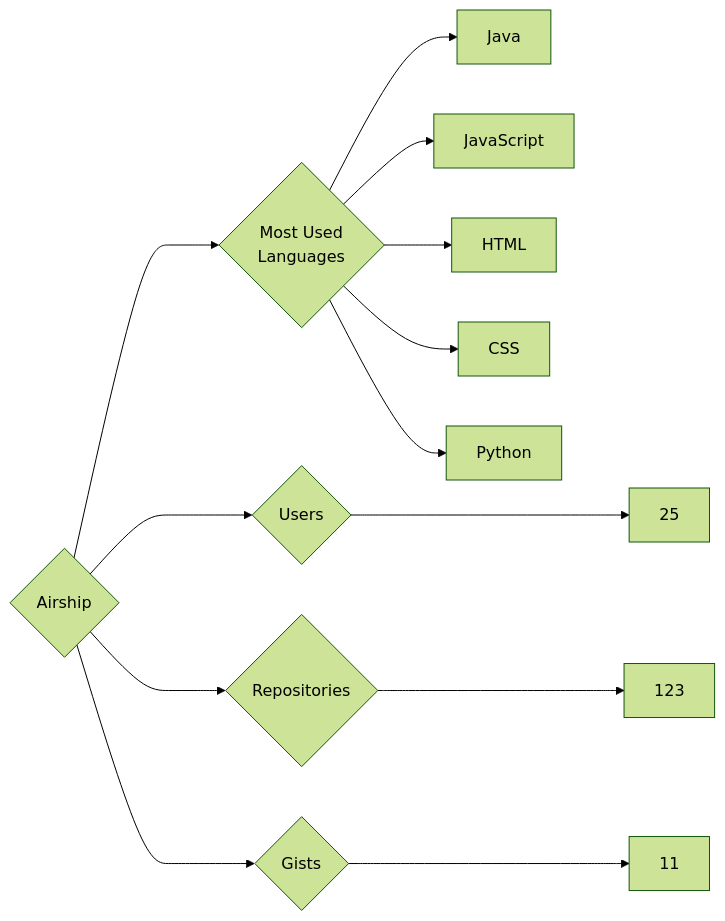
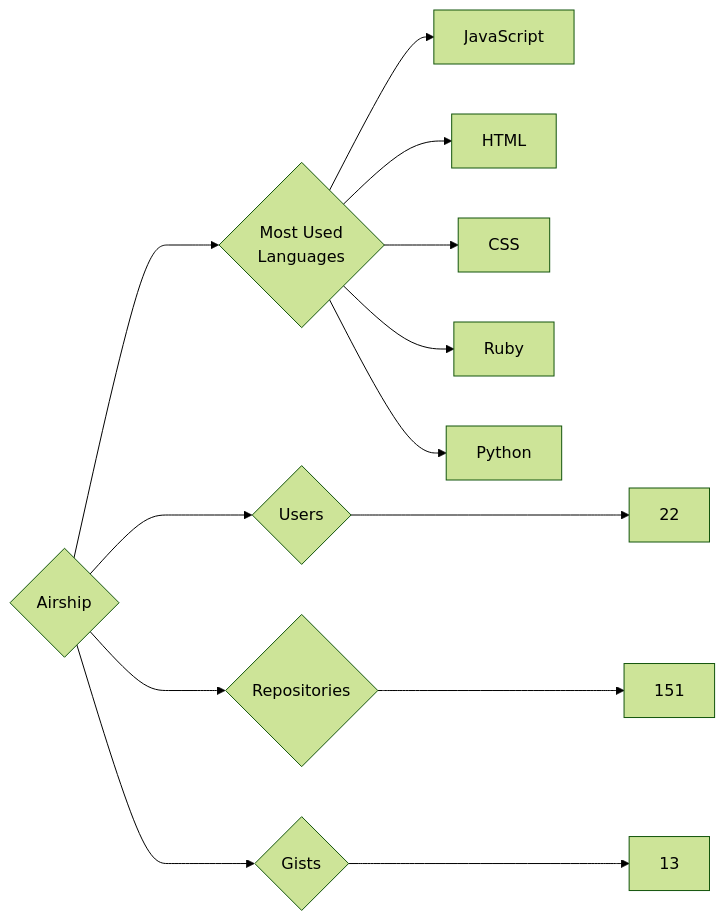
Before and after one commit to trickest/insiders: the diagram in targets/Airship/README.md, drawn with Mermaid (forest theme). The commit also changed 951 other files, not shown here.

````diff
--- a/targets/Airship/README.md
+++ b/targets/Airship/README.md
@@ -3,13 +3,13 @@
 ```mermaid
 graph LR
 COMPANY_NAME{Airship}
-COMPANY_NAME ---> U{Users} ---> UN[25]
-COMPANY_NAME ---> R{Repositories} ---> RN[123]
-COMPANY_NAME ---> G{Gists} ---> GN[11]
+COMPANY_NAME ---> U{Users} ---> UN[22]
+COMPANY_NAME ---> R{Repositories} ---> RN[151]
+COMPANY_NAME ---> G{Gists} ---> GN[13]
 COMPANY_NAME ---> ML{Most Used<br>Languages}
-ML --> Java[Java]
 ML --> JavaScript[JavaScript]
 ML --> HTML[HTML]
 ML --> CSS[CSS]
+ML --> Ruby[Ruby]
 ML --> Python[Python]
 ```
````
